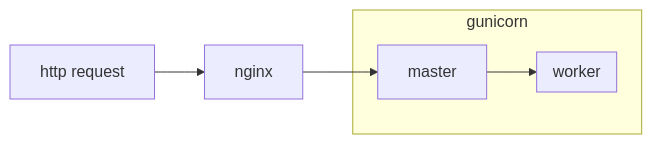
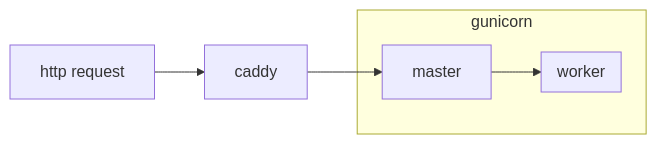
The first of 4 diagrams in docs/deployment.md (thegreenwebfoundation/admin-portal), drawn with Mermaid before and after one commit. The commit also changed other lines of this file and 4 other files, not shown here.

````diff
--- a/docs/deployment.md
+++ b/docs/deployment.md
@@ -61,18 +61,18 @@
 ```{mermaid}
 
 flowchart LR
 
     request[http request]
-    request-->nginx
-    nginx-->master
+    request-->caddy
+    caddy-->master
     master
 
     subgraph gunicorn
         master-->worker1
         subgraph worker1[worker ]
             %% render left to right
             %% to make them stack
             direction LR
         end
     end
 ```
````
